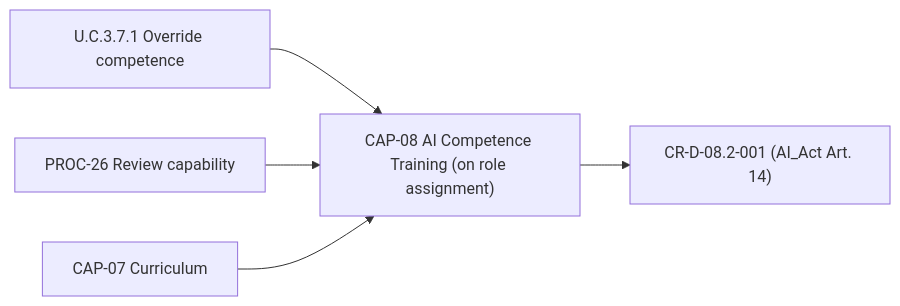
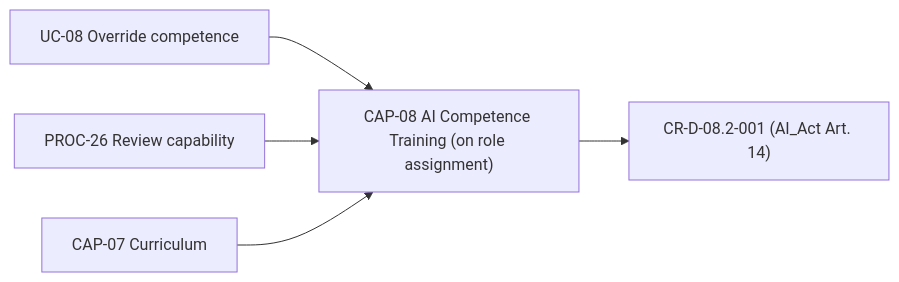
Before and after one commit to pauloribeiro16/Methodology_compact: diagram 35 of 37 in 02_CASES/Case_02_SecureBorder_Solutions/03_PHASE3_DECOMPOSITION/Doc31_Process_Capability_Cards.md, drawn with Mermaid. The commit also changed other lines of this file and 22 other files, not shown here.

Commit message:
[EXECUTOR] F3 RENUMBER Case_02: U.C.x flattened → UC-01..36 (compliance 01..15 + product 16..36), two-phase, 12 files, 6 SVGs re-rendered, xlsx regenerated; gates: pre-existing FAILs only, audit 100%, mermaid 192/192, smoke 16/16; 1 missed live ref (Doc23) re-anchored

````diff
--- a/02_CASES/Case_02_SecureBorder_Solutions/03_PHASE3_DECOMPOSITION/Doc31_Process_Capability_Cards.md
+++ b/02_CASES/Case_02_SecureBorder_Solutions/03_PHASE3_DECOMPOSITION/Doc31_Process_Capability_Cards.md
@@ -1136,7 +1136,7 @@
 ```mermaid
 graph LR
     CAP["CAP-08 AI Competence Training (on role assignment)"] --> R1["CR-D-08.2-001 (AI_Act Art. 14)"]
-    P1["U.C.3.7.1 Override competence"] --> CAP
+    P1["UC-08 Override competence"] --> CAP
     P2["PROC-26 Review capability"] --> CAP
     P3["CAP-07 Curriculum"] --> CAP
 ```
````
